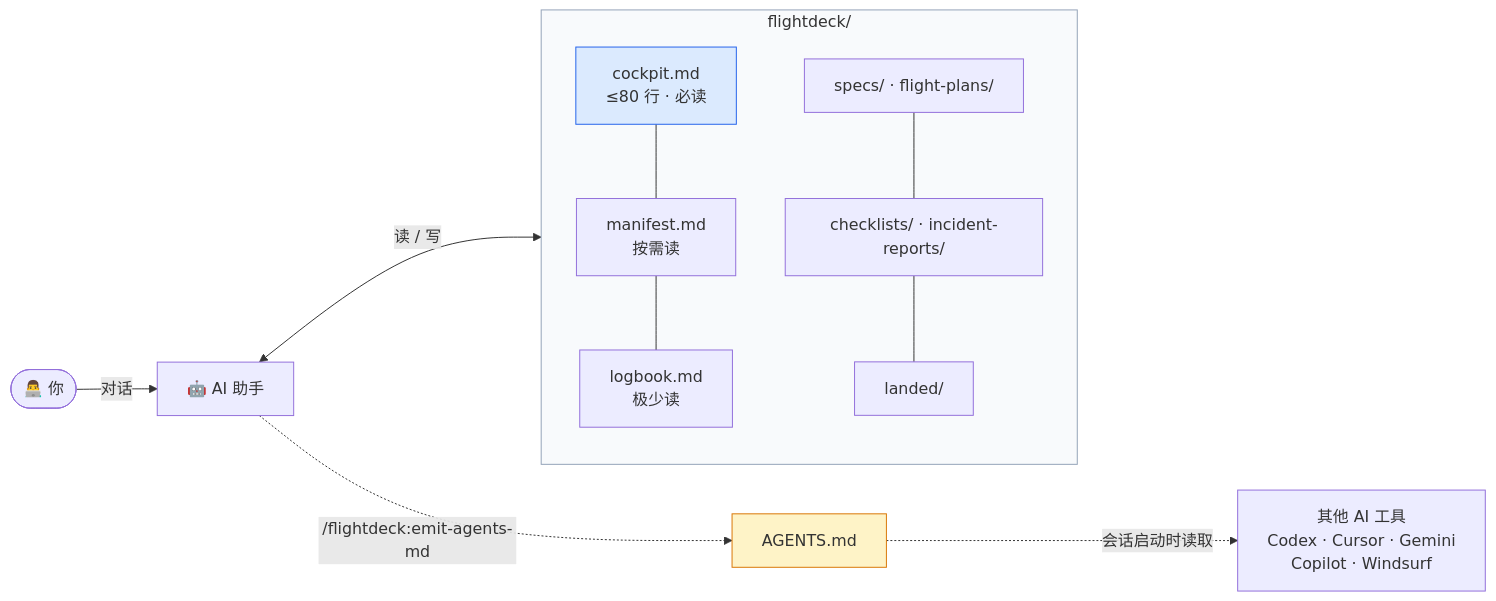
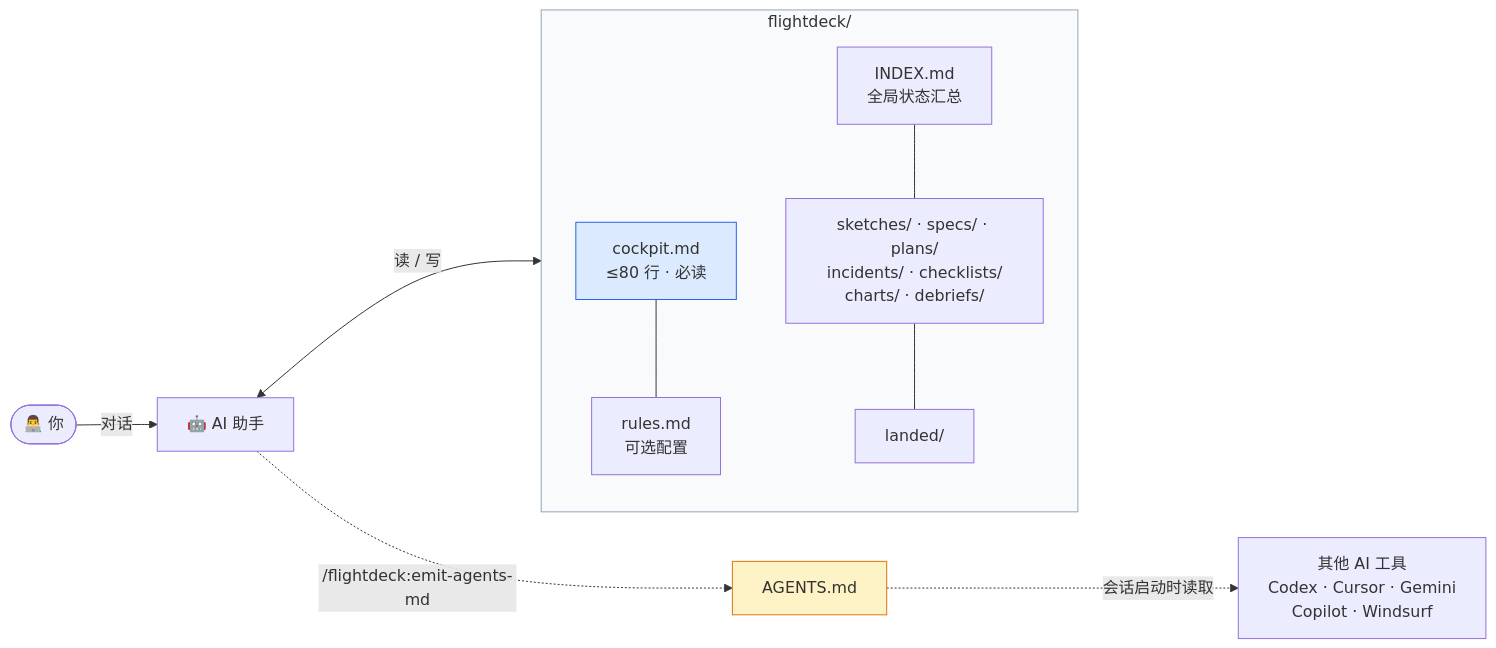
Before and after one commit to Yuelioi/workshop: the diagram in README.zh.md, drawn with Mermaid. The commit also changed other lines of this file and 12 other files, not shown here.

````diff
--- a/README.zh.md
+++ b/README.zh.md
@@ -86,23 +96,22 @@
 ```mermaid
 flowchart LR
     User([👨‍💻 你]) -->|对话| AI[🤖 AI 助手]
     AI <-->|读 / 写| FD[(flightdeck/)]
     AI -.->|/flightdeck:emit-agents-md| AGENTS[AGENTS.md]
     AGENTS -.->|会话启动时读取| OtherAI[其他 AI 工具<br/>Codex · Cursor · Gemini<br/>Copilot · Windsurf]
 
     subgraph FD [flightdeck/]
         direction TB
         Cockpit[cockpit.md<br/>≤80 行 · 必读]
-        Manifest[manifest.md<br/>按需读]
-        Logbook[logbook.md<br/>极少读]
-        Specs[specs/ · flight-plans/]
-        Procedures[checklists/ · incident-reports/]
+        Rules[rules.md<br/>可选配置]
+        Index[INDEX.md<br/>全局状态汇总]
+        Folders[sketches/ · specs/ · plans/<br/>incidents/ · checklists/<br/>charts/ · debriefs/]
         Archive[landed/]
-        Cockpit --- Manifest --- Logbook
-        Specs --- Procedures --- Archive
+        Cockpit --- Rules
+        Index --- Folders --- Archive
     end
 
     style Cockpit fill:#dbeafe,stroke:#2563eb
     style AGENTS fill:#fef3c7,stroke:#d97706
     style FD fill:#f8fafc,stroke:#94a3b8
 ```
````
